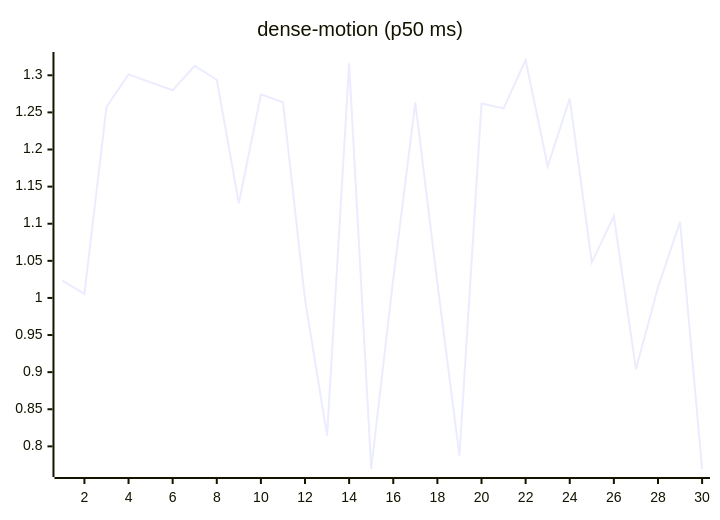
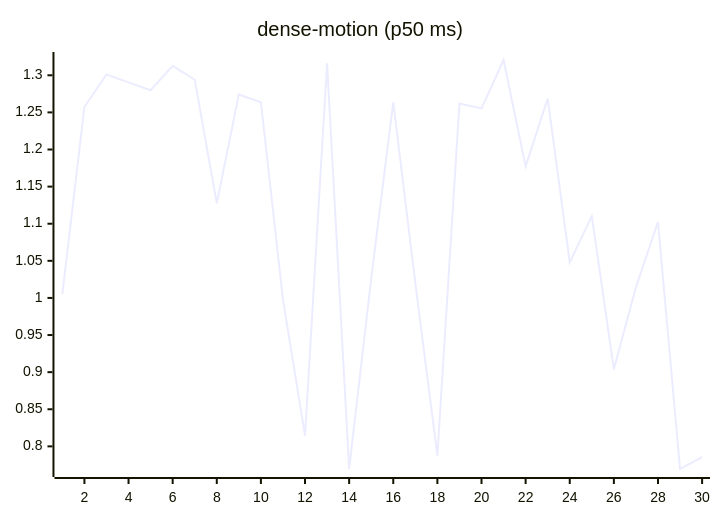
The ninth of 27 diagrams in README.md (josha/Facet), drawn with Mermaid before and after one commit. The commit also changed other lines of this file and 2 other files, not shown here.

````diff
--- a/README.md
+++ b/README.md
@@ -119,6 +119,6 @@
 ```mermaid
 xychart-beta
     title "dense-motion (p50 ms)"
     x-axis 1 --> 30
-    line [1.0233, 1.0054, 1.2572, 1.3012, 1.2904, 1.2798, 1.3128, 1.2940, 1.1276, 1.2742, 1.2636, 0.9981, 0.8144, 1.3160, 0.7697, 1.0258, 1.2636, 1.0200, 0.7874, 1.2619, 1.2553, 1.3206, 1.1772, 1.2685, 1.0480, 1.1102, 0.9040, 1.0144, 1.1023, 0.7695]
+    line [1.0054, 1.2572, 1.3012, 1.2904, 1.2798, 1.3128, 1.2940, 1.1276, 1.2742, 1.2636, 0.9981, 0.8144, 1.3160, 0.7697, 1.0258, 1.2636, 1.0200, 0.7874, 1.2619, 1.2553, 1.3206, 1.1772, 1.2685, 1.0480, 1.1102, 0.9040, 1.0144, 1.1023, 0.7695, 0.7856]
 ```
````
